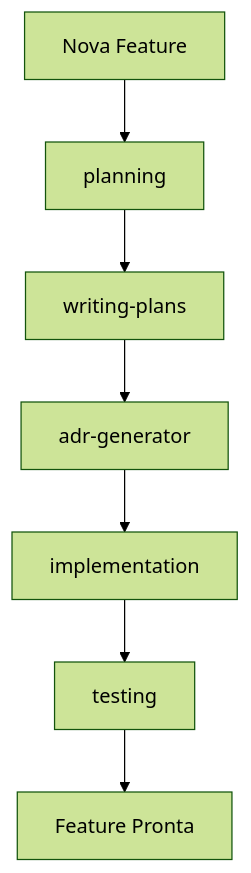
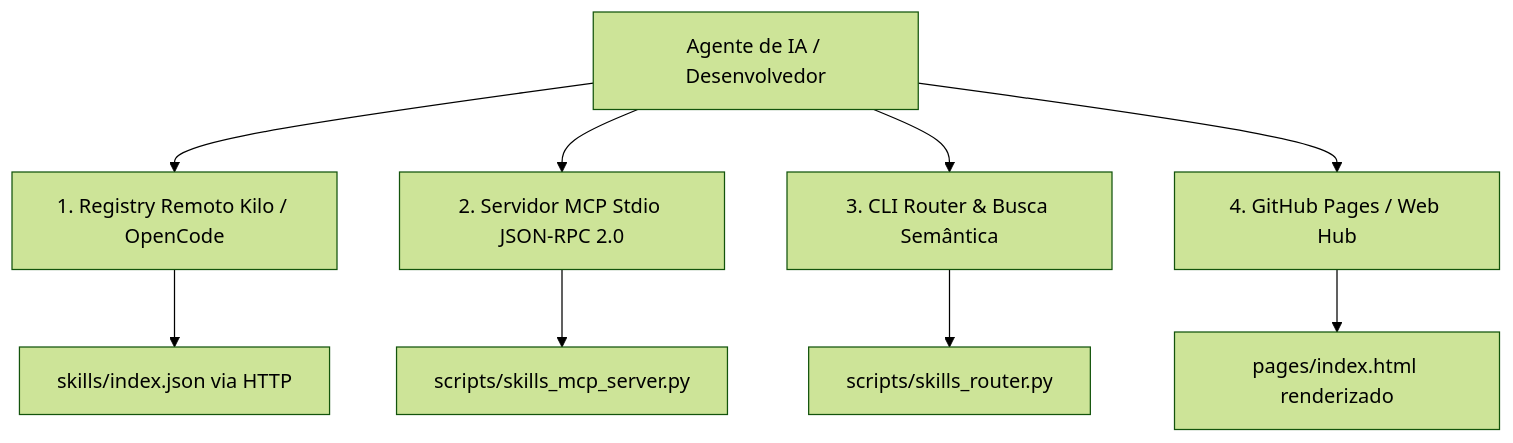
The diagram in USAGE.md (lscheffel/ignite-agents-skills), drawn with Mermaid (forest theme) before and after one commit. The commit also changed other lines of this file and 1024 other files, not shown here.

Commit message:
feat(release): unify SOTA skills ecosystem, MCP server, vector RAG and governance (v2.5.0)

````diff
--- a/USAGE.md
+++ b/USAGE.md
@@ -591,9 +11,12 @@
 ```mermaid
 graph TD
-    A[Nova Feature] --> B[planning]
-    B --> C[writing-plans]
-    C --> D[adr-generator]
-    D --> E[implementation]
-    E --> F[testing]
-    F --> G[Feature Pronta]
+    A[Agente de IA / Desenvolvedor] --> B[1. Registry Remoto Kilo / OpenCode]
+    A --> C[2. Servidor MCP Stdio JSON-RPC 2.0]
+    A --> D[3. CLI Router & Busca Semântica]
+    A --> E[4. GitHub Pages / Web Hub]
+
+    B --> B1[skills/index.json via HTTP]
+    C --> C1[scripts/skills_mcp_server.py]
+    D --> D1[scripts/skills_router.py]
+    E --> E1[pages/index.html renderizado]
 ```
````
